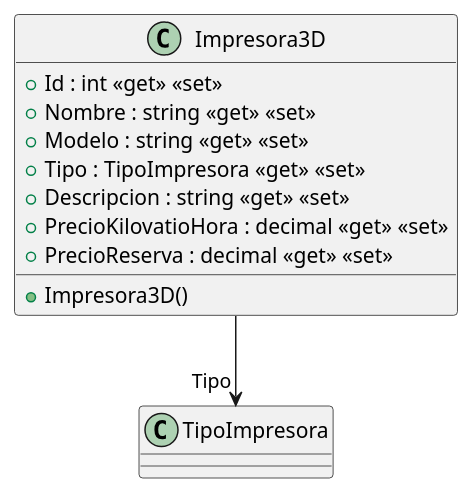
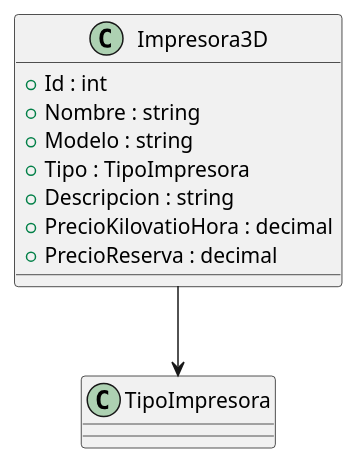
One commit to ISIIA2627DAKOI9SE/ISIIA2627DAKOI9SE changed the diagram in src/AppForSEII.API/ClassDiagram/Impresora3D.puml. Above: the diagram before and after it, drawn with PlantUML. The commit also changed 5 other files, not shown here.

Commit message:
fix(classDiagram):Se han corregido relaciones y cardinalidades del UC Reservar Impresoras 3D

```diff
--- a/src/AppForSEII.API/ClassDiagram/Impresora3D.puml
+++ b/src/AppForSEII.API/ClassDiagram/Impresora3D.puml
@@ -1,16 +1,15 @@
 @startuml
 
 class Impresora3D {
-    + Impresora3D()
-    + Id : int <<get>> <<set>>
-    + Nombre : string <<get>> <<set>>
-    + Modelo : string <<get>> <<set>>
-    + Tipo : TipoImpresora <<get>> <<set>>
-    + Descripcion : string <<get>> <<set>>
-    + PrecioKilovatioHora : decimal <<get>> <<set>>
-    + PrecioReserva : decimal <<get>> <<set>>
+    + Id : int
+    + Nombre : string
+    + Modelo : string
+    + Tipo : TipoImpresora
+    + Descripcion : string
+    + PrecioKilovatioHora : decimal
+    + PrecioReserva : decimal
 }
 
-Impresora3D --> "Tipo" TipoImpresora
+Impresora3D --> TipoImpresora
 
 @enduml
```
